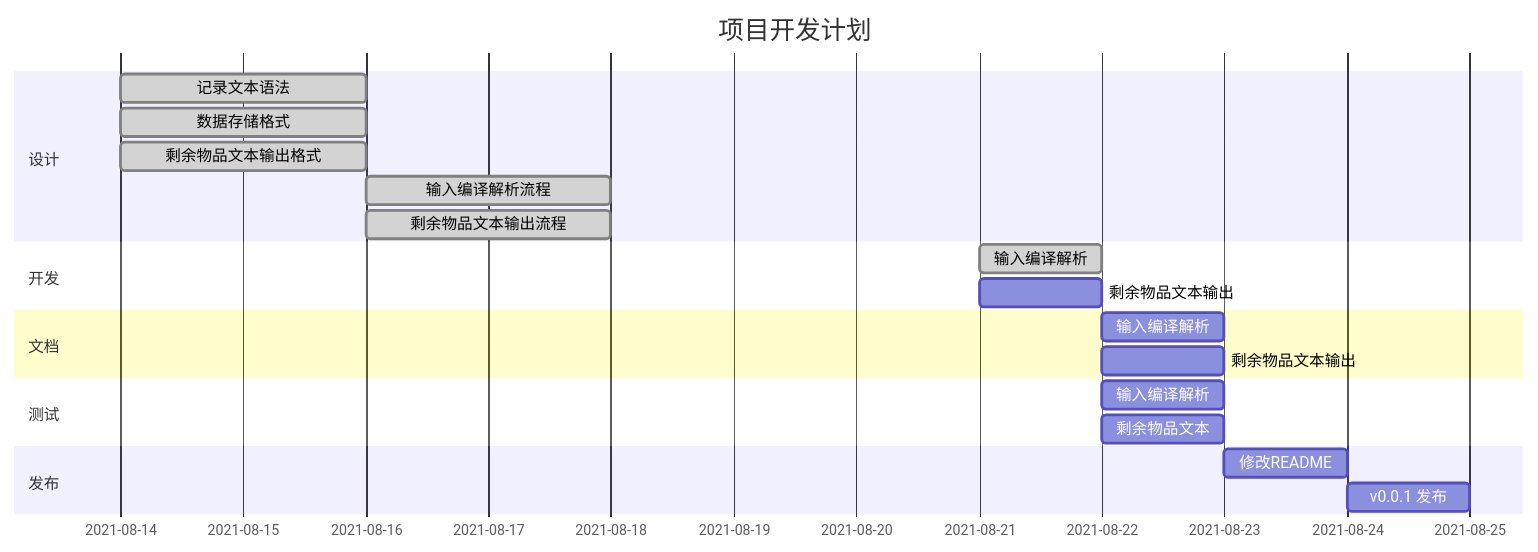
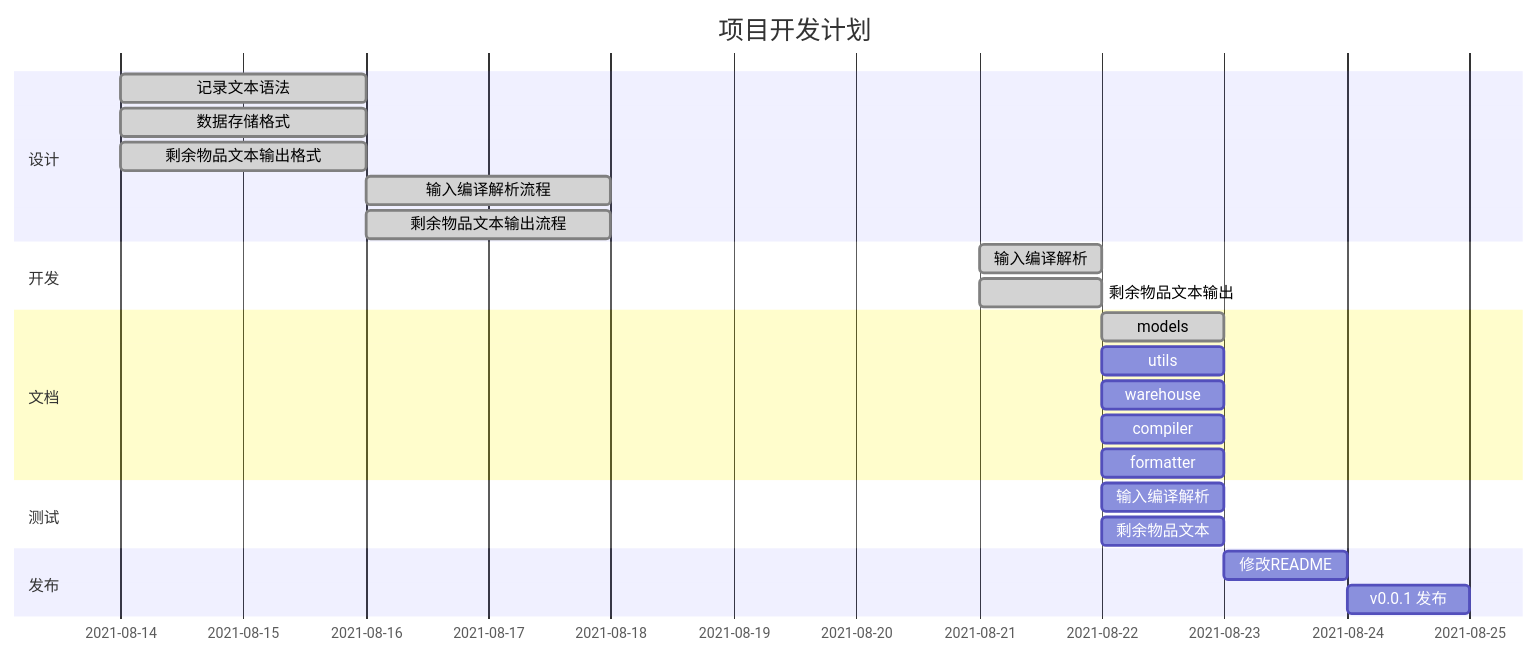
One commit to w158rk/PWMS changed the diagram in docs/schedules/index.md. Above: the diagram before and after it, drawn with Mermaid. The commit also changed 3 other files, not shown here.

````diff
--- a/docs/schedules/index.md
+++ b/docs/schedules/index.md
@@ -3,29 +3,32 @@
 ```mermaid
 gantt
     dateFormat  YYYY-MM-DD
     title       项目开发计划
 
     section 设计
     记录文本语法                    :done,    syntax, 2021-08-14, 2d
     数据存储格式                    :done,    ds, 2021-08-14, 2d
     剩余物品文本输出格式              :done,    textout, 2021-08-14, 2d
     输入编译解析流程                :done,     proc-compile, after syntax, 2d
     剩余物品文本输出流程             :done,     proc-textout, after textout, 2d
 
     section 开发
     输入编译解析                :done,    dev-compile, 2021-08-21, 1d
-    剩余物品文本输出             :         dev-textout, 2021-08-21, 1d
+    剩余物品文本输出             :done,    dev-textout, 2021-08-21, 1d
 
     section 文档
-    输入编译解析             :         doc-compile, after dev-compile, 1d
-    剩余物品文本输出          :         doc-textout, after dev-textout, 1d
+    models             :done,   doc-compile, after dev-compile, 1d
+    utils            :         doc-textout, after dev-textout, 1d
+    warehouse          :         doc-textout, after dev-textout, 1d
+    compiler          :         doc-textout, after dev-textout, 1d
+    formatter          :         doc-textout, after dev-textout, 1d
 
     section 测试
     输入编译解析             :         test-compile, after dev-compile, 1d
     剩余物品文本             :         test-textout, after dev-textout, 1d
 
     section 发布
     修改README          :   readme, after test-compile, 1d
     v0.0.1 发布         :   v0.0.1, after readme, 1d
 
 ```
````
